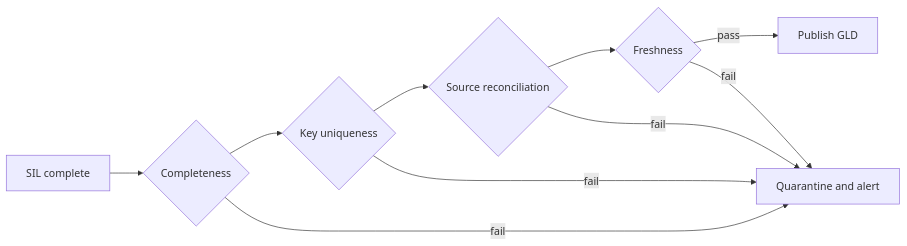
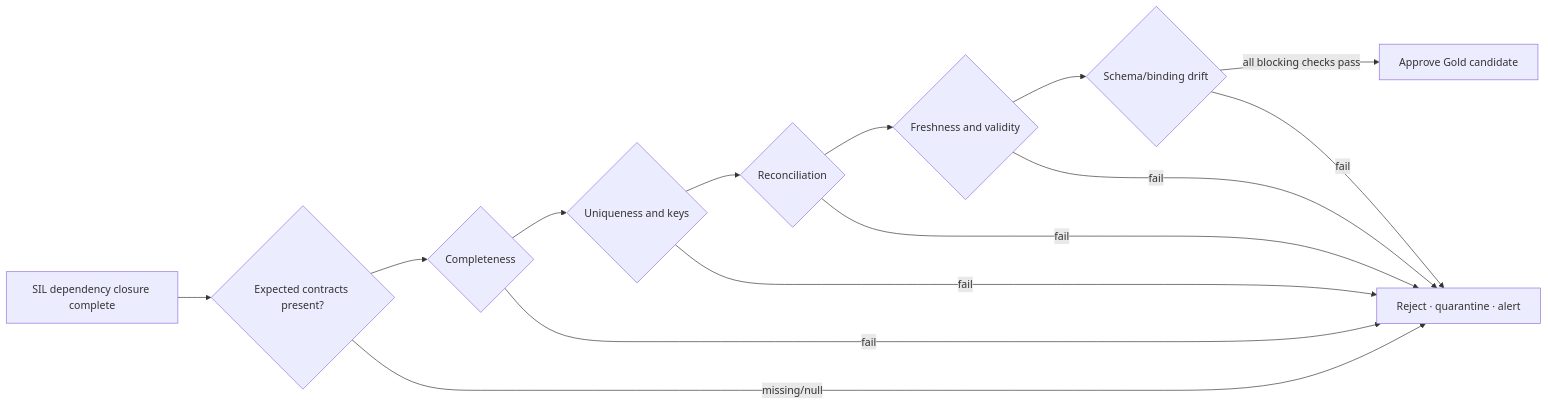
Before and after one commit to vothai17072002/fabric-medallion-supply-chain-platform: the diagram in docs/data-quality.md, drawn with Mermaid. The commit also changed other lines of this file and 21 other files, not shown here.

Commit message:
feat: publish executable senior platform architecture

````diff
--- a/docs/data-quality.md
+++ b/docs/data-quality.md
@@ -5,12 +7,16 @@
 ```mermaid
 flowchart LR
-    S[SIL complete] --> C{Completeness}
-    C --> U{Key uniqueness}
-    U --> R{Source reconciliation}
-    R --> F{Freshness}
-    F -->|pass| G[Publish GLD]
-    C -->|fail| Q[Quarantine and alert]
+    S[SIL dependency closure complete] --> E{Expected contracts present?}
+    E --> C{Completeness}
+    C --> U{Uniqueness and keys}
+    U --> R{Reconciliation}
+    R --> F{Freshness and validity}
+    F --> D{Schema/binding drift}
+    D -->|all blocking checks pass| G[Approve Gold candidate]
+    E -->|missing/null| Q[Reject · quarantine · alert]
+    C -->|fail| Q
     U -->|fail| Q
     R -->|fail| Q
     F -->|fail| Q
+    D -->|fail| Q
 ```
````
